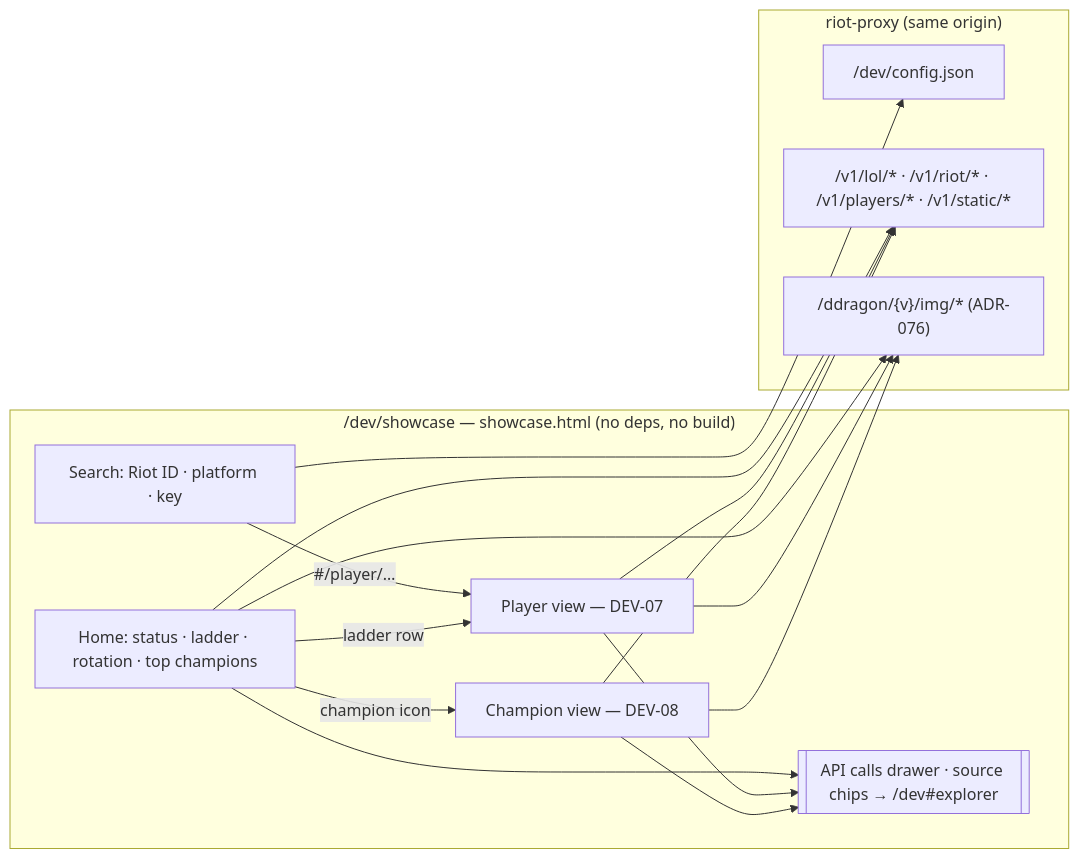
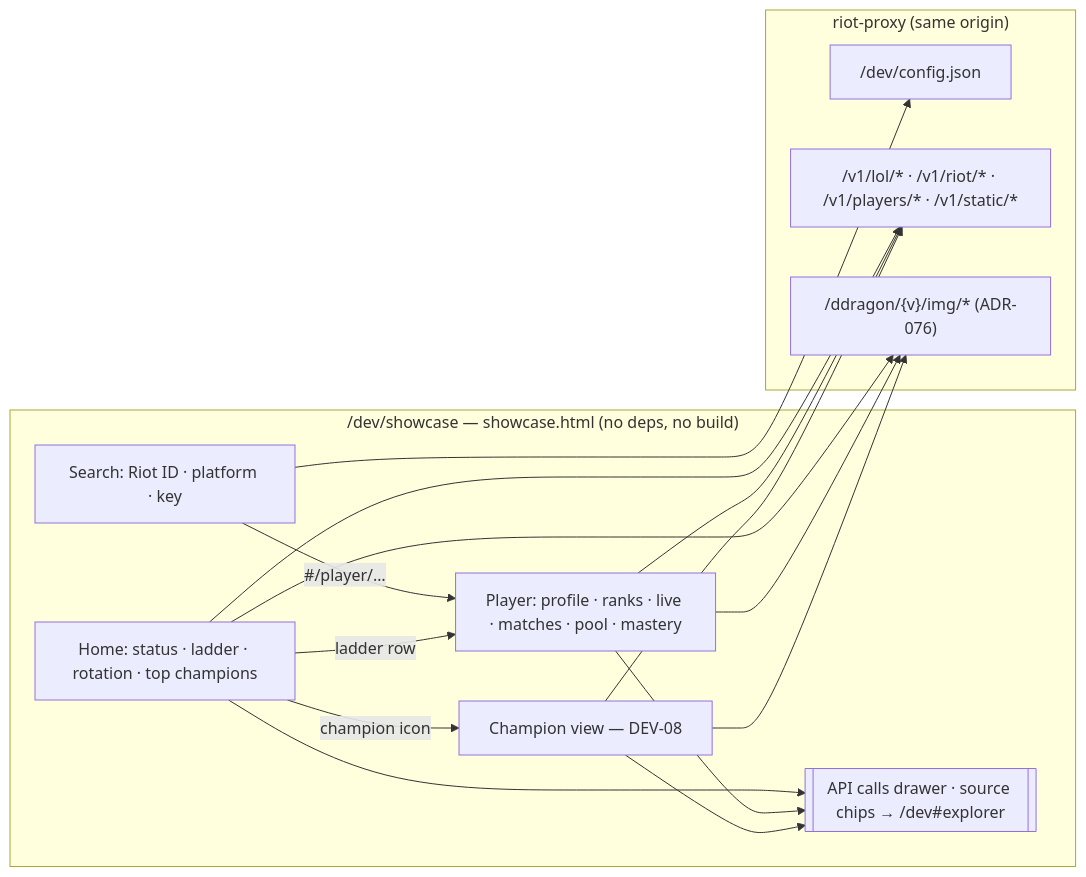
Before and after one commit to NinjaGoldfinch/riot-proxy: the diagram in docs/design/11-showcase.md, drawn with Mermaid. The commit also changed other lines of this file and 5 other files, not shown here.

First line of the commit message:
DEV-07 — showcase player view: profile, ranks, live game, matches, pool, mastery (#98)

````diff
--- a/docs/design/11-showcase.md
+++ b/docs/design/11-showcase.md
@@ -42,22 +48,22 @@
 ```mermaid
 flowchart LR
   subgraph Page["/dev/showcase — showcase.html (no deps, no build)"]
     S[Search: Riot ID · platform · key]
     H[Home: status · ladder · rotation · top champions]
-    P[Player view — DEV-07]
+    P[Player: profile · ranks · live · matches · pool · mastery]
     C[Champion view — DEV-08]
     D[[API calls drawer · source chips → /dev#explorer]]
     H & P & C --> D
   end
   subgraph Proxy["riot-proxy (same origin)"]
     CFG["/dev/config.json"]
     R["/v1/lol/* · /v1/riot/* · /v1/players/* · /v1/static/*"]
     DD["/ddragon/{v}/img/* (ADR-076)"]
   end
   S --> CFG
   H & P & C --> R
   H & P & C --> DD
   S -- "#/player/…" --> P
   H -- "ladder row" --> P
   H -- "champion icon" --> C
 ```
````
